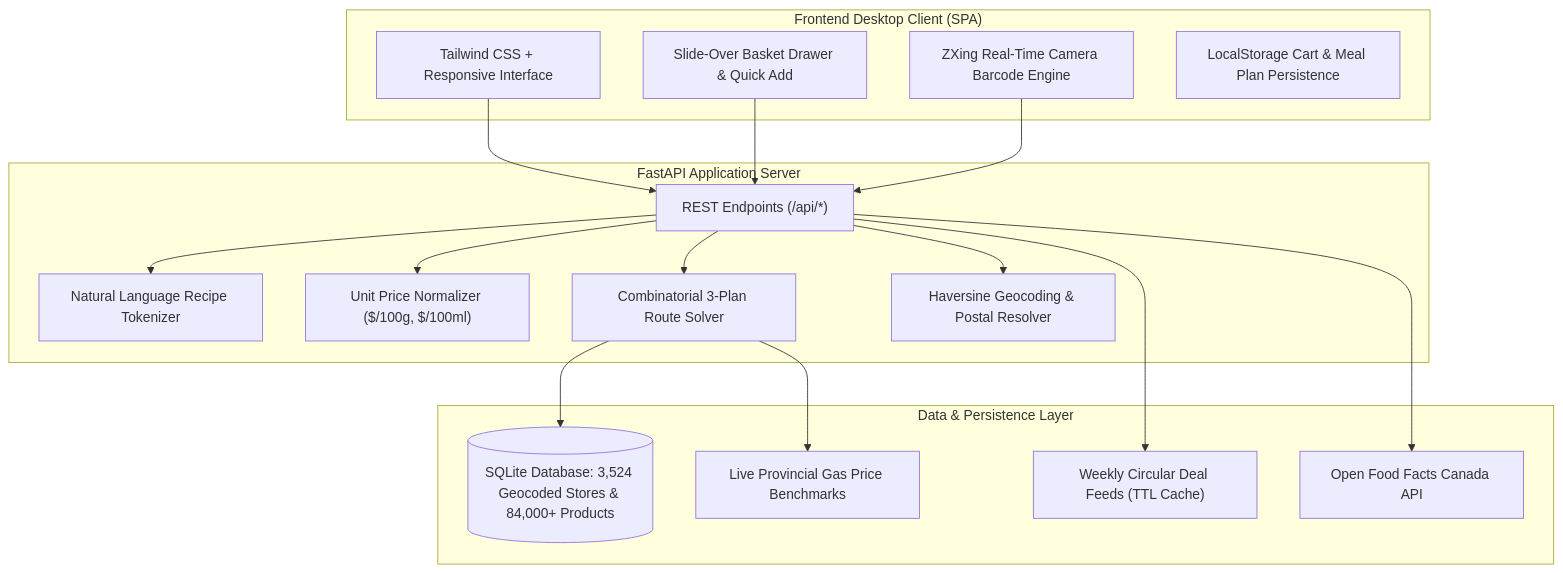
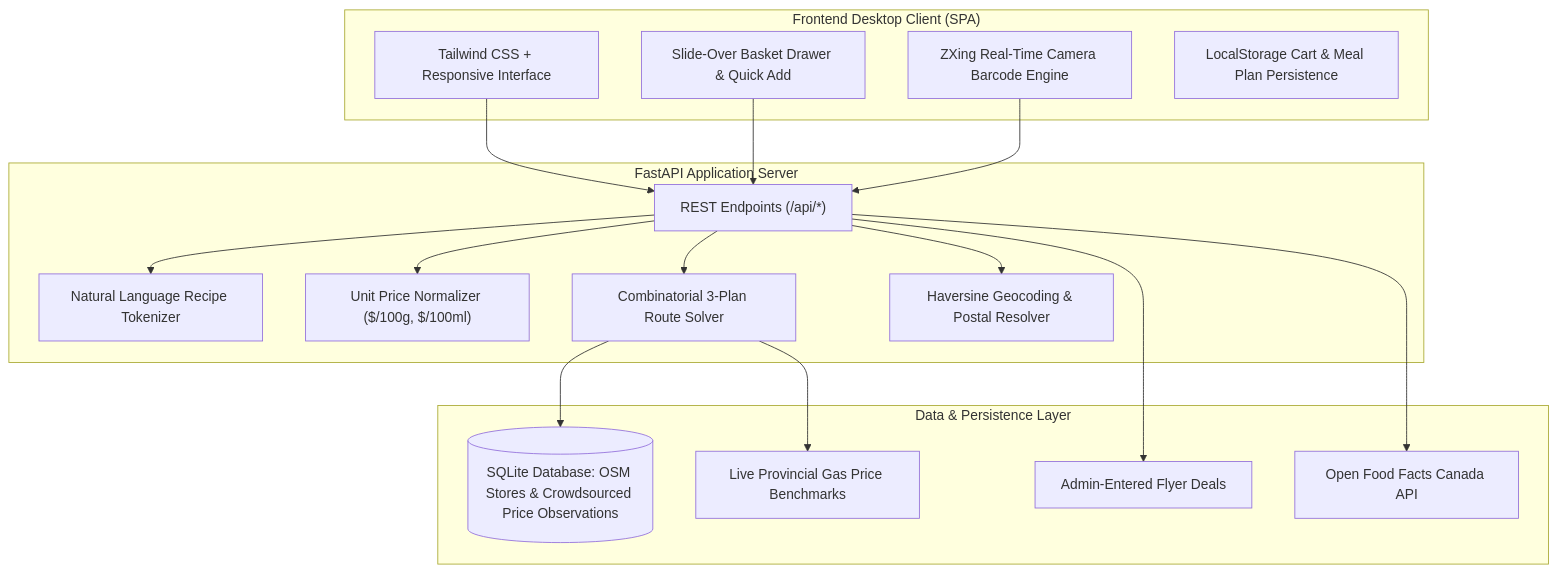
The diagram in README.md (Divyesh-Challa/SmartCart), drawn with Mermaid before and after one commit. The commit also changed other lines of this file and 23 other files, not shown here.

````diff
--- a/README.md
+++ b/README.md
@@ -31,36 +31,36 @@
 ```mermaid
 flowchart TD
     subgraph Client["Frontend Desktop Client (SPA)"]
         UI["Tailwind CSS + Responsive Interface"]
         Drawer["Slide-Over Basket Drawer & Quick Add"]
         ZXing["ZXing Real-Time Camera Barcode Engine"]
         Storage["LocalStorage Cart & Meal Plan Persistence"]
     end
 
     subgraph API["FastAPI Application Server"]
         Router["REST Endpoints (/api/*)"]
         Parser["Natural Language Recipe Tokenizer"]
         Normalizer["Unit Price Normalizer ($/100g, $/100ml)"]
         Optimizer["Combinatorial 3-Plan Route Solver"]
         Geo["Haversine Geocoding & Postal Resolver"]
     end
 
     subgraph StorageLayer["Data & Persistence Layer"]
-        DB[("SQLite Database: 3,524 Geocoded Stores & 84,000+ Products")]
-        FlyerSvc["Weekly Circular Deal Feeds (TTL Cache)"]
+        DB[("SQLite Database: OSM Stores & Crowdsourced Price Observations")]
+        FlyerSvc["Admin-Entered Flyer Deals"]
         GasSvc["Live Provincial Gas Price Benchmarks"]
         OFF["Open Food Facts Canada API"]
     end
 
     UI --> Router
     Drawer --> Router
     ZXing --> Router
     Router --> Parser
     Router --> Normalizer
     Router --> Optimizer
     Router --> Geo
     Optimizer --> DB
     Optimizer --> GasSvc
     Router --> FlyerSvc
     Router --> OFF
 ```
````
